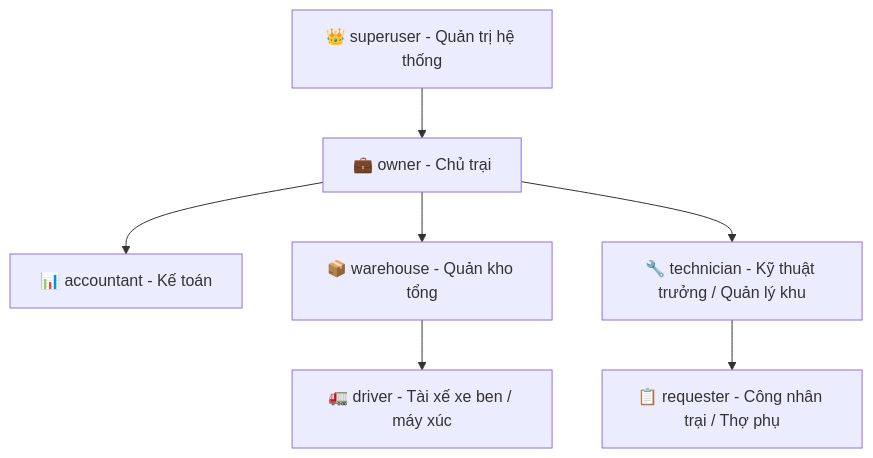
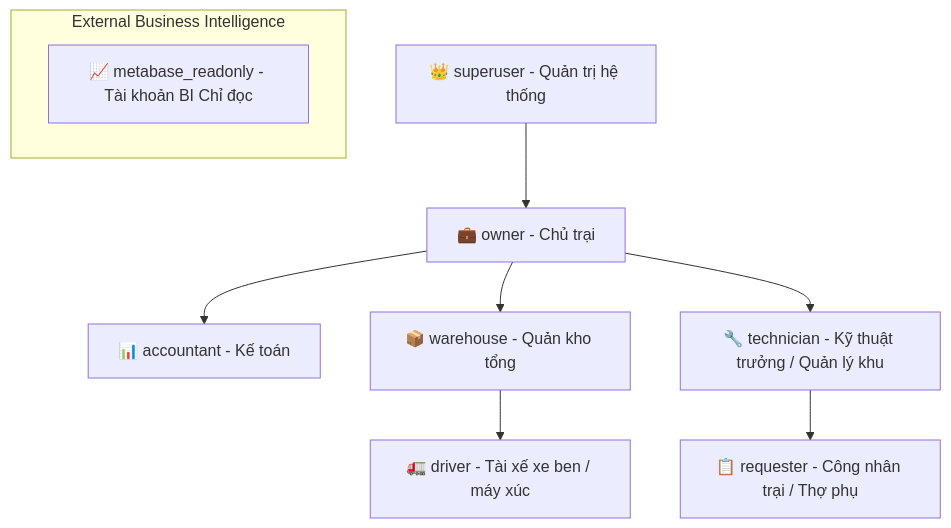
The diagram in docs/architecture/rbac-and-roles.md (theiheu/minh-tan-phat-supply), drawn with Mermaid before and after one commit. The commit also changed other lines of this file and 38 other files, not shown here.

````diff
--- a/docs/architecture/rbac-and-roles.md
+++ b/docs/architecture/rbac-and-roles.md
@@ -11,9 +11,13 @@
 ```mermaid
 flowchart TD
     Superuser[👑 superuser - Quản trị hệ thống] --> Owner[💼 owner - Chủ trại]
     Owner --> Accountant[📊 accountant - Kế toán]
     Owner --> Warehouse[📦 warehouse - Quản kho tổng]
     Owner --> Tech[🔧 technician - Kỹ thuật trưởng / Quản lý khu]
     Tech --> Requester[📋 requester - Công nhân trại / Thợ phụ]
     Warehouse --> Driver[🚛 driver - Tài xế xe ben / máy xúc]
+
+    subgraph ExternalBI [External Business Intelligence]
+        MetabaseRole[📈 metabase_readonly - Tài khoản BI Chỉ đọc]
+    end
 ```
````
